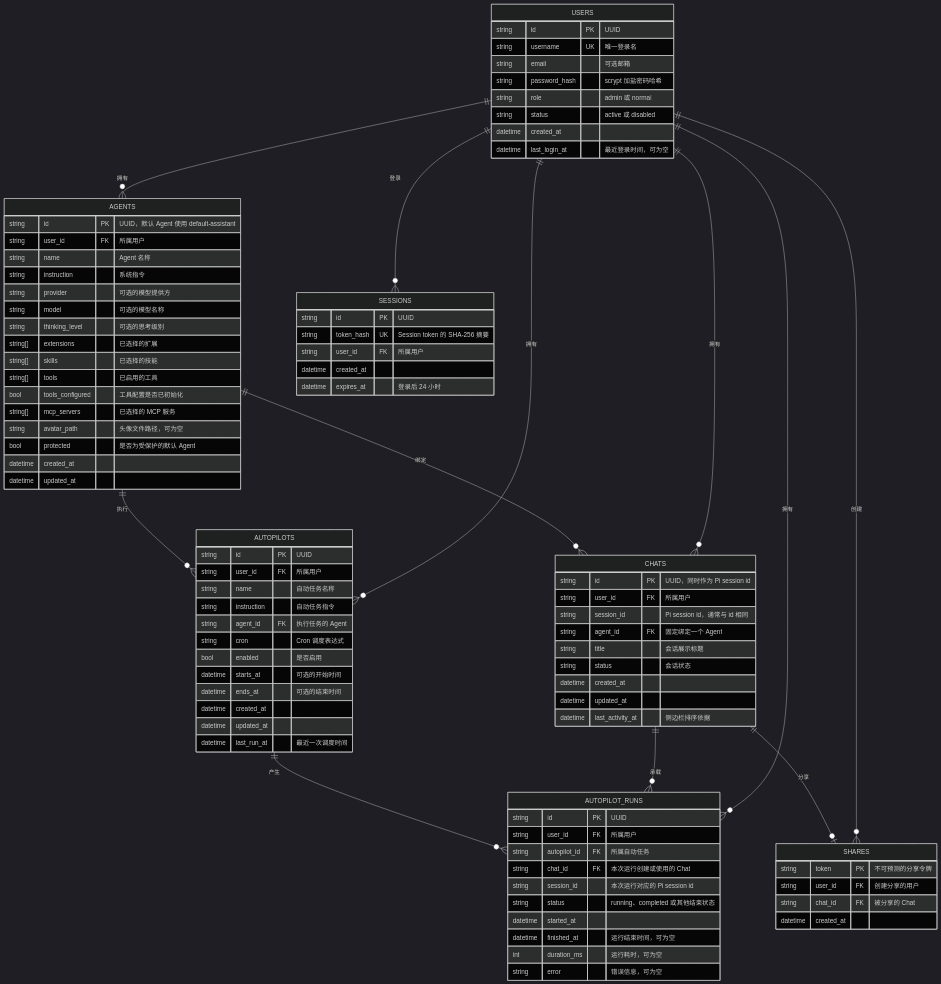
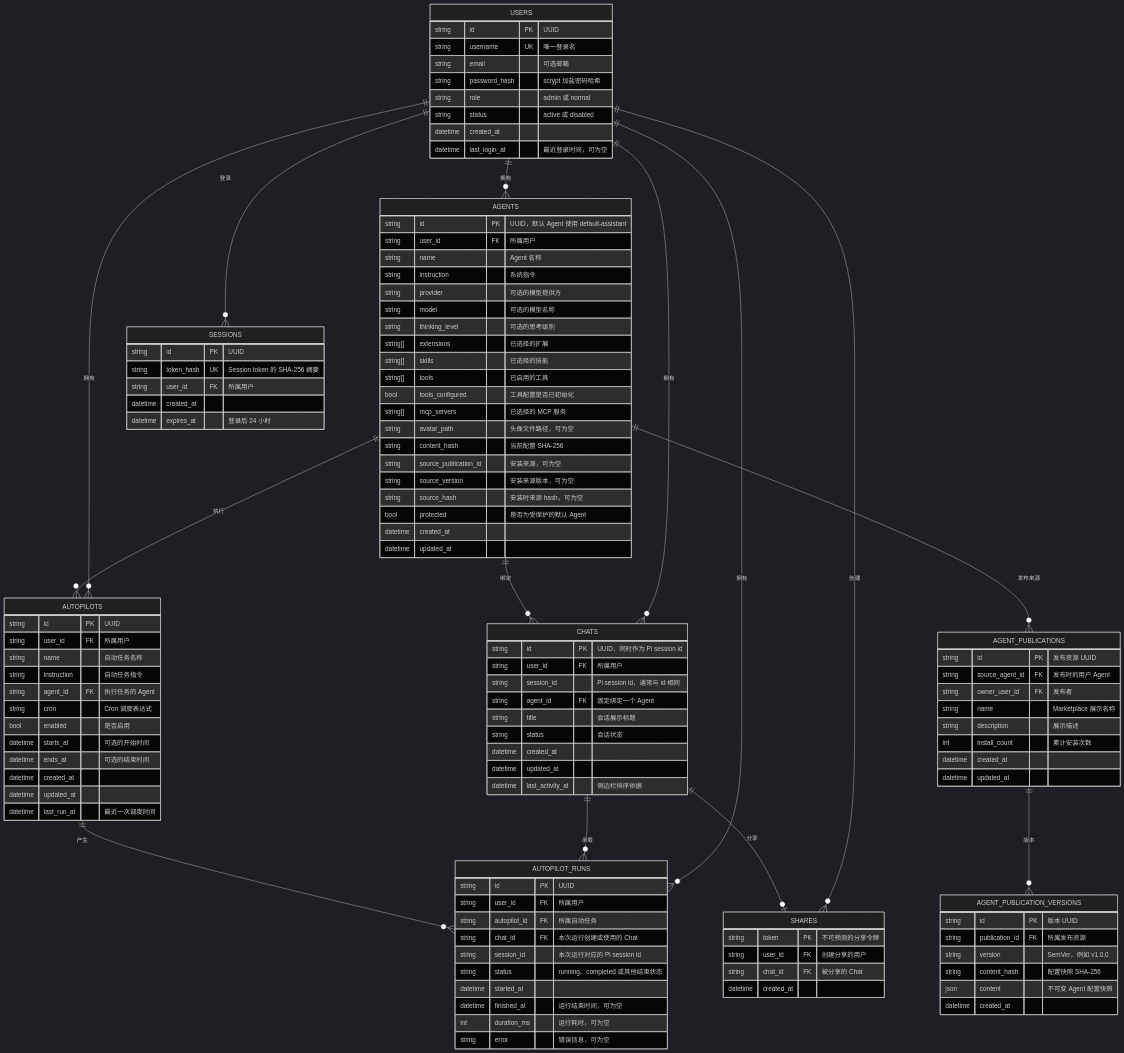
Before and after one commit to wyf0931/pi-rpc-pydemo: the diagram in docs/tinydb.md, drawn with Mermaid (dark theme). The commit also changed other lines of this file and 7 other files, not shown here.

Commit message:
feat: publish and install agent marketplace resources

````diff
--- a/docs/tinydb.md
+++ b/docs/tinydb.md
@@ -17,6 +17,8 @@
     USERS ||--o{ AUTOPILOT_RUNS : "拥有"
     USERS ||--o{ SHARES : "创建"
     USERS ||--o{ SESSIONS : "登录"
+    AGENT_PUBLICATIONS ||--o{ AGENT_PUBLICATION_VERSIONS : "版本"
+    AGENTS ||--o{ AGENT_PUBLICATIONS : "发布来源"
 
     AGENTS {
         string id PK "UUID，默认 Agent 使用 default-assistant"
@@ -32,6 +34,10 @@
         bool tools_configured "工具配置是否已初始化"
         string[] mcp_servers "已选择的 MCP 服务"
         string avatar_path "头像文件路径，可为空"
+        string content_hash "当前配置 SHA-256"
+        string source_publication_id "安装来源，可为空"
+        string source_version "安装来源版本，可为空"
+        string source_hash "安装时来源 hash，可为空"
         bool protected "是否为受保护的默认 Agent"
         datetime created_at
         datetime updated_at
@@ -102,4 +108,24 @@
         datetime created_at
         datetime expires_at "登录后 24 小时"
     }
+
+    AGENT_PUBLICATIONS {
+        string id PK "发布资源 UUID"
+        string source_agent_id FK "发布时的用户 Agent"
+        string owner_user_id FK "发布者"
+        string name "Marketplace 展示名称"
+        string description "展示描述"
+        int install_count "累计安装次数"
+        datetime created_at
+        datetime updated_at
+    }
+
+    AGENT_PUBLICATION_VERSIONS {
+        string id PK "版本 UUID"
+        string publication_id FK "所属发布资源"
+        string version "SemVer，例如 v1.0.0"
+        string content_hash "配置快照 SHA-256"
+        json content "不可变 Agent 配置快照"
+        datetime created_at
+    }
 ```
````
